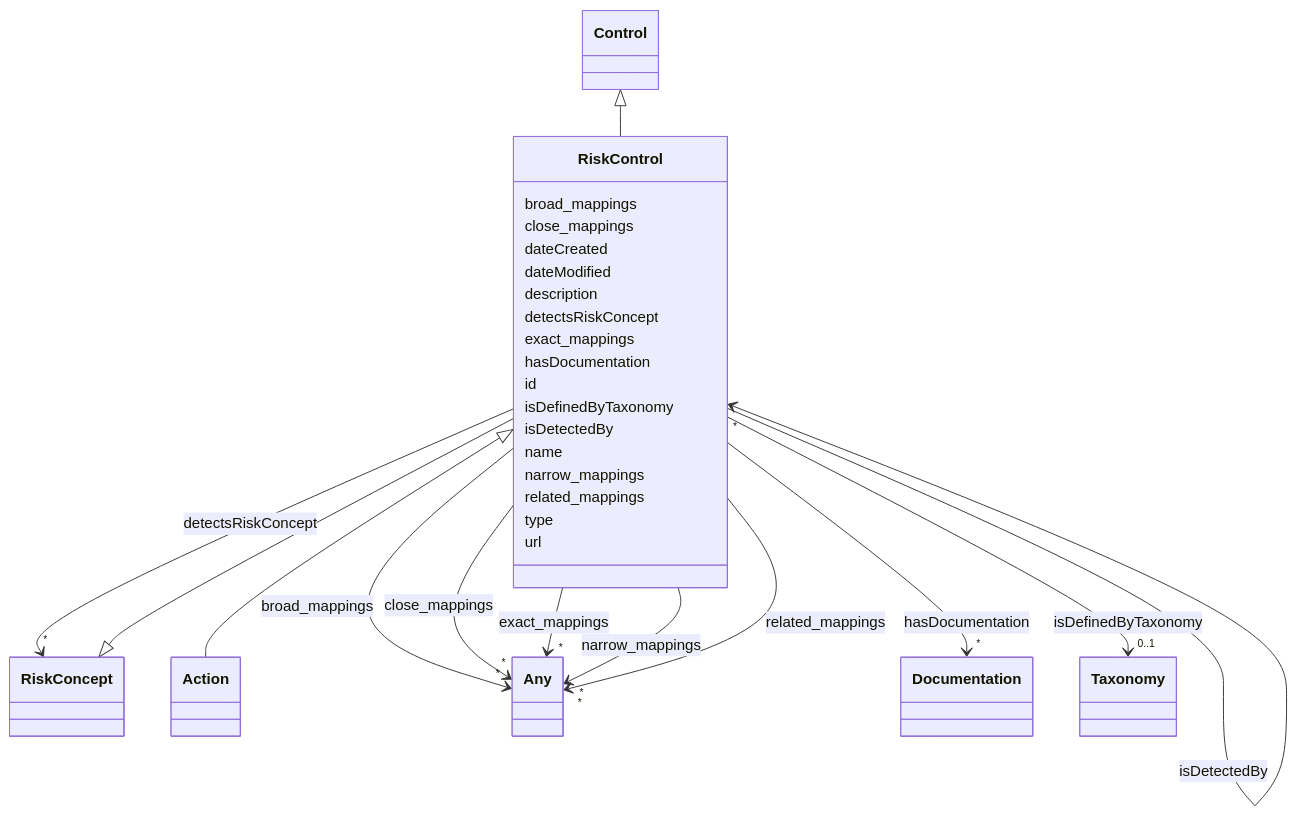
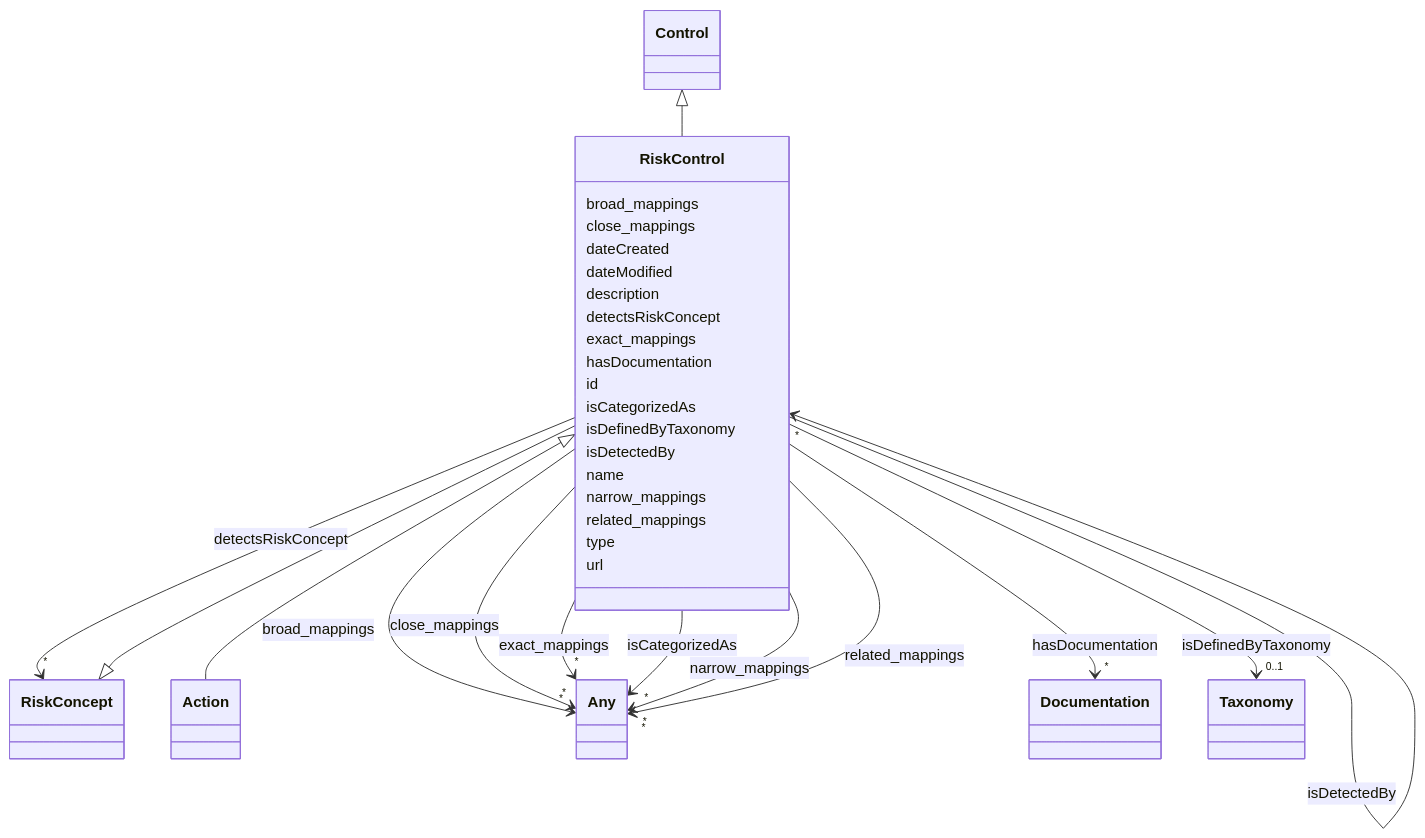
One commit to dhavalsalwala/ai-atlas-nexus-fork changed the diagram in docs/ontology/RiskControl.md. Above: the diagram before and after it, drawn with Mermaid. The commit also changed other lines of this file and 130 other files, not shown here.

```diff
--- a/docs/ontology/RiskControl.md
+++ b/docs/ontology/RiskControl.md
@@ -81,6 +81,17 @@
 
       RiskControl : id
 
+      RiskControl : isCategorizedAs
+
+
+
+
+
+        RiskControl --> "*" Any : isCategorizedAs
+        click Any href "../Any/"
+
+
+
       RiskControl : isDefinedByTaxonomy
 
 
```
